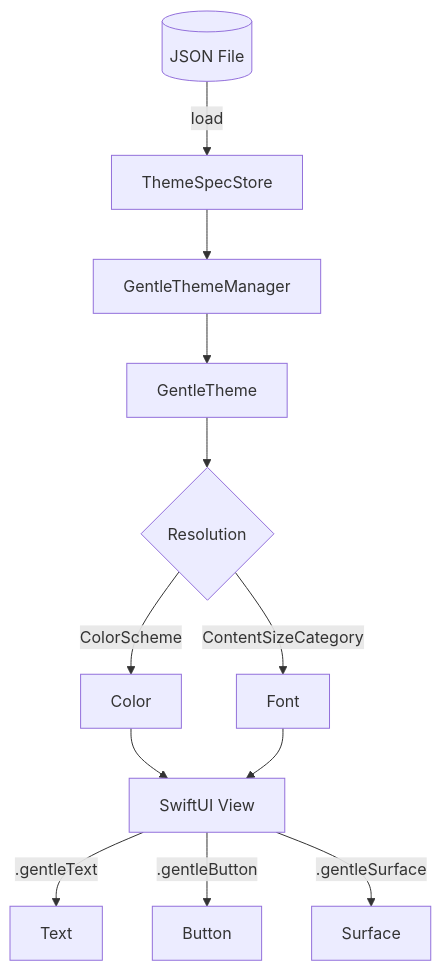
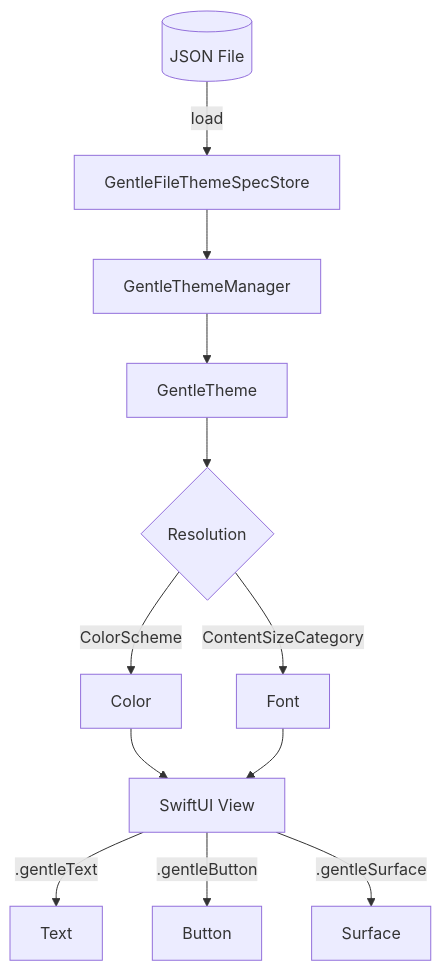
The second of 2 diagrams in README.md (gentle-giraffe-apps/GentleDesignSystem), drawn with Mermaid before and after one commit. The commit also changed other lines of this file, not shown here.

Commit message:
doc: readme: replace token mermaid with unicode drawing

````diff
--- a/README.md
+++ b/README.md
@@ -167,17 +125,17 @@
 ```mermaid
 flowchart TB
-    JSON[(JSON File)] -->|load| Store[ThemeSpecStore]
+    JSON[(JSON File)] -->|load| Store[GentleFileThemeSpecStore]
     Store --> Manager[GentleThemeManager]
     Manager --> Theme[GentleTheme]
     Theme --> Resolve{Resolution}
 
     Resolve -->|ColorScheme| ResolvedColor[Color]
     Resolve -->|ContentSizeCategory| ResolvedFont[Font]
 
     ResolvedColor --> View[SwiftUI View]
     ResolvedFont --> View
 
     View -->|.gentleText| Text
     View -->|.gentleButton| Button
     View -->|.gentleSurface| Surface
 ```
````
